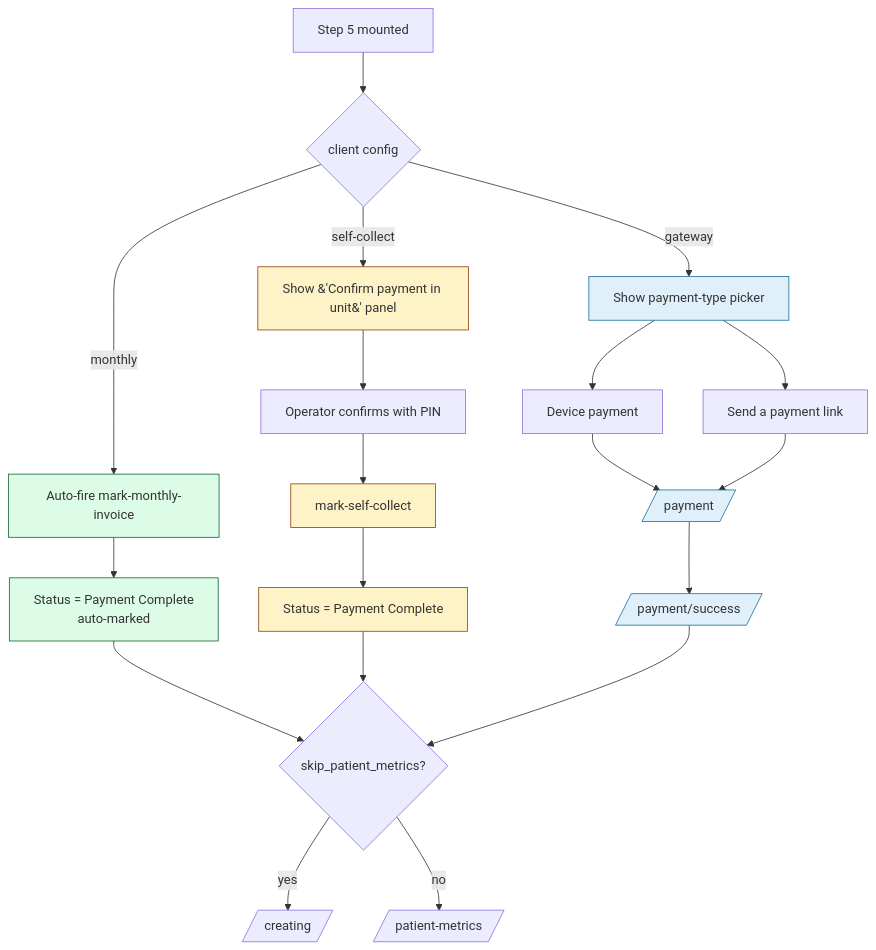
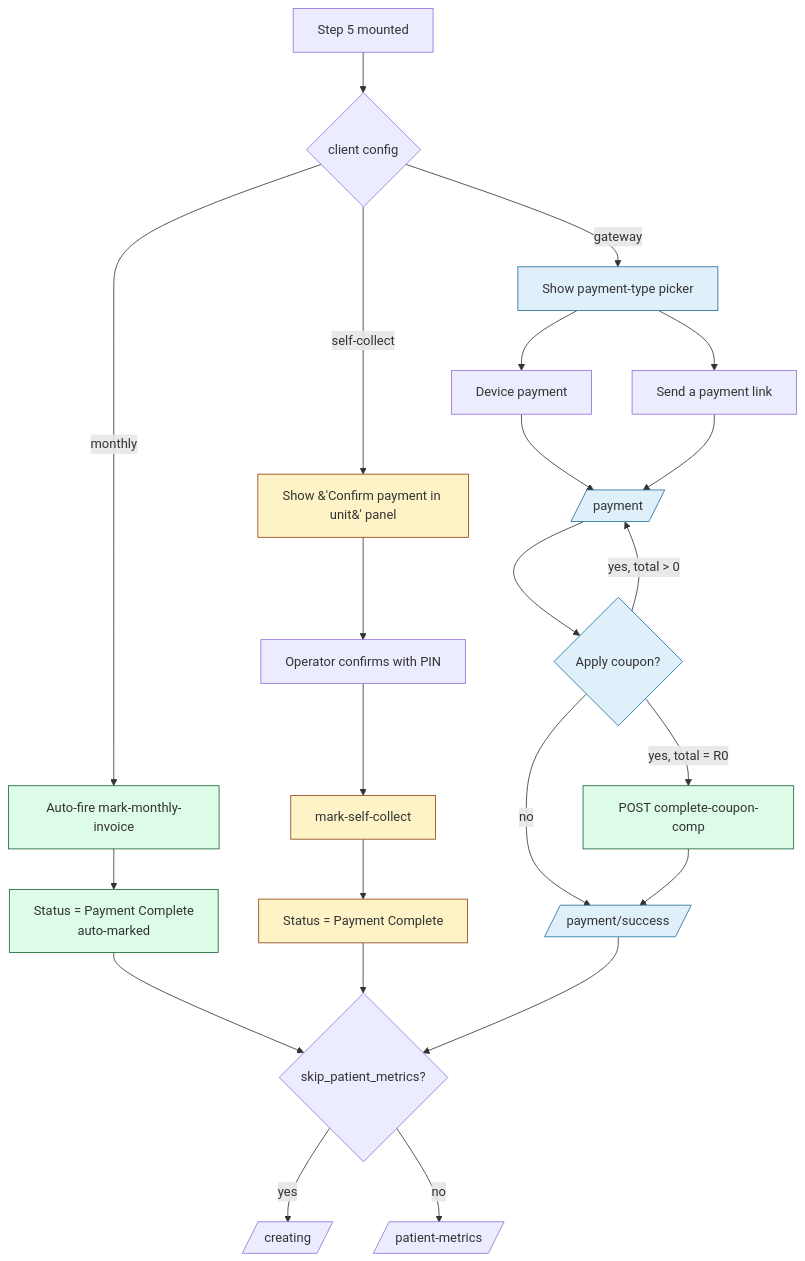
One commit to LuckyDaWizard/3rd-Party-Booking-System changed the third of 8 diagrams in booking-app/content/reports/booking-flow.mdx. Above: the diagram before and after it, drawn with Mermaid. The commit also changed other lines of this file and 38 other files, not shown here.

First line of the commit message:
Coupons — discount codes on the booking flow (#1)

````diff
--- a/booking-app/content/reports/booking-flow.mdx
+++ b/booking-app/content/reports/booking-flow.mdx
@@ -253,31 +259,35 @@
 ```mermaid
 flowchart TD
     A[Step 5 mounted] --> B{client config}
     B -->|gateway| C[Show payment-type picker]
     B -->|self-collect| D["Show &#39;Confirm payment in unit&#39; panel"]
     B -->|monthly| E[Auto-fire mark-monthly-invoice]
 
     C --> C1[Device payment]
     C --> C2[Send a payment link]
     C1 --> F[/payment/]
     C2 --> F
-    F --> G[/payment/success/]
+    F --> CP{Apply coupon?}
+    CP -->|no| G[/payment/success/]
+    CP -->|yes, total &gt; 0| F
+    CP -->|yes, total = R0| CC[POST complete-coupon-comp]
+    CC --> G
 
     D --> D1[Operator confirms with PIN]
     D1 --> H[mark-self-collect]
     H --> I[Status = Payment Complete]
 
     E --> J[Status = Payment Complete<br/>auto-marked]
     J --> K{skip_patient_metrics?}
     I --> K
     G --> K
     K -->|yes| L[/creating/]
     K -->|no| M[/patient-metrics/]
 
     classDef brand fill:#e0f0fa,stroke:#1f6f9d;
     classDef ok fill:#dcfce7,stroke:#166534;
     classDef warn fill:#fef3c7,stroke:#92400e;
-    class C,F,G brand;
+    class C,F,G,CP brand;
     class D,H,I warn;
-    class E,J ok;
+    class E,J,CC ok;
 ```
````
